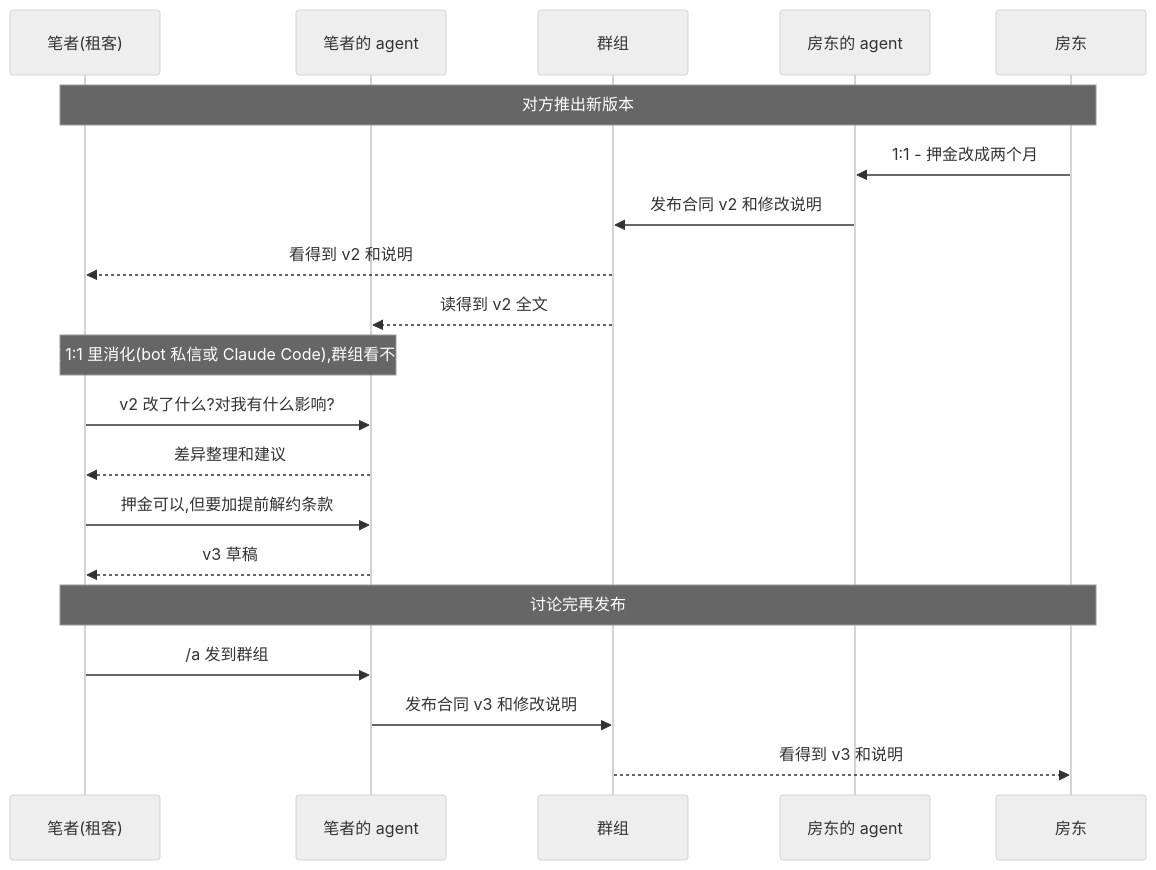
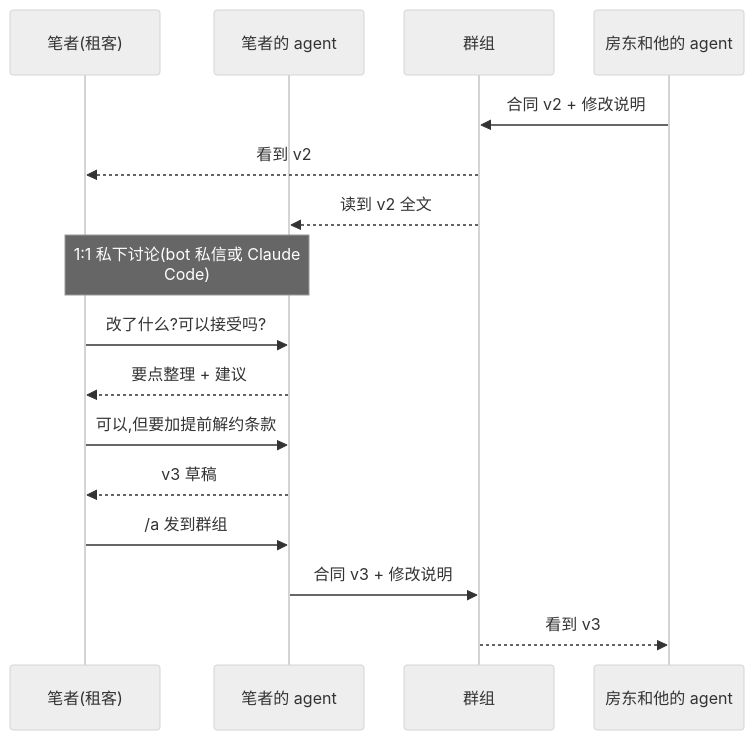
One commit to ccqqder/can2cup changed the diagram in docs/i18n/README.zh-CN.md. Above: the diagram before and after it, drawn with Mermaid (neutral theme). The commit also changed 2 other files, not shown here.

Commit message:
README: narrower lease diagram so the text stays readable at GitHub width
Four lanes instead of five (landlord and their agent share one), shorter
labels, wrap on, one note instead of three full-width ones.

````diff
--- a/docs/i18n/README.zh-CN.md
+++ b/docs/i18n/README.zh-CN.md
@@ -45,25 +45,22 @@
 ```mermaid
+%%{init: {"sequence": {"wrap": true, "width": 150, "actorMargin": 40, "messageFontSize": 16, "noteFontSize": 15, "actorFontSize": 16}}}%%
 sequenceDiagram
     participant A as 笔者(租客)
     participant AA as 笔者的 agent
     participant G as 群组
-    participant BA as 房东的 agent
-    participant B as 房东
+    participant L as 房东和他的 agent
 
-    Note over A,B: 对方推出新版本
-    B->>BA: 1:1 - 押金改成两个月
-    BA->>G: 发布合同 v2 和修改说明
-    G-->>A: 看得到 v2 和说明
-    G-->>AA: 读得到 v2 全文
+    L->>G: 合同 v2 + 修改说明
+    G-->>A: 看到 v2
+    G-->>AA: 读到 v2 全文
 
-    Note over A,AA: 在 1:1 里消化(bot 私信或 Claude Code),群组看不到
-    A->>AA: v2 改了什么?对我有什么影响?
-    AA-->>A: 差异整理和建议
-    A->>AA: 押金可以,但要加提前解约条款
+    Note over A,AA: 1:1 私下讨论(bot 私信或 Claude Code)
+    A->>AA: 改了什么?可以接受吗?
+    AA-->>A: 要点整理 + 建议
+    A->>AA: 可以,但要加提前解约条款
     AA-->>A: v3 草稿
 
-    Note over A,B: 讨论完再发布
     A->>AA: /a 发到群组
-    AA->>G: 发布合同 v3 和修改说明
-    G-->>B: 看得到 v3 和说明
+    AA->>G: 合同 v3 + 修改说明
+    G-->>L: 看到 v3
 ```
````
